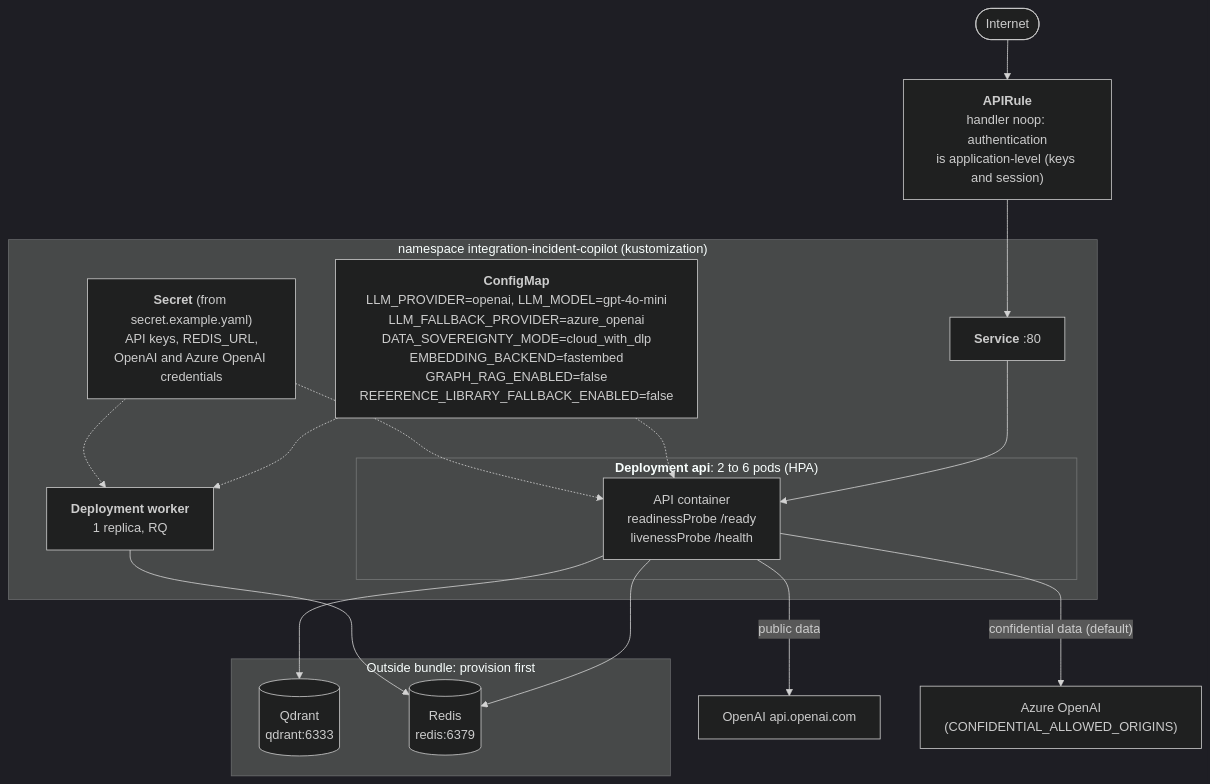
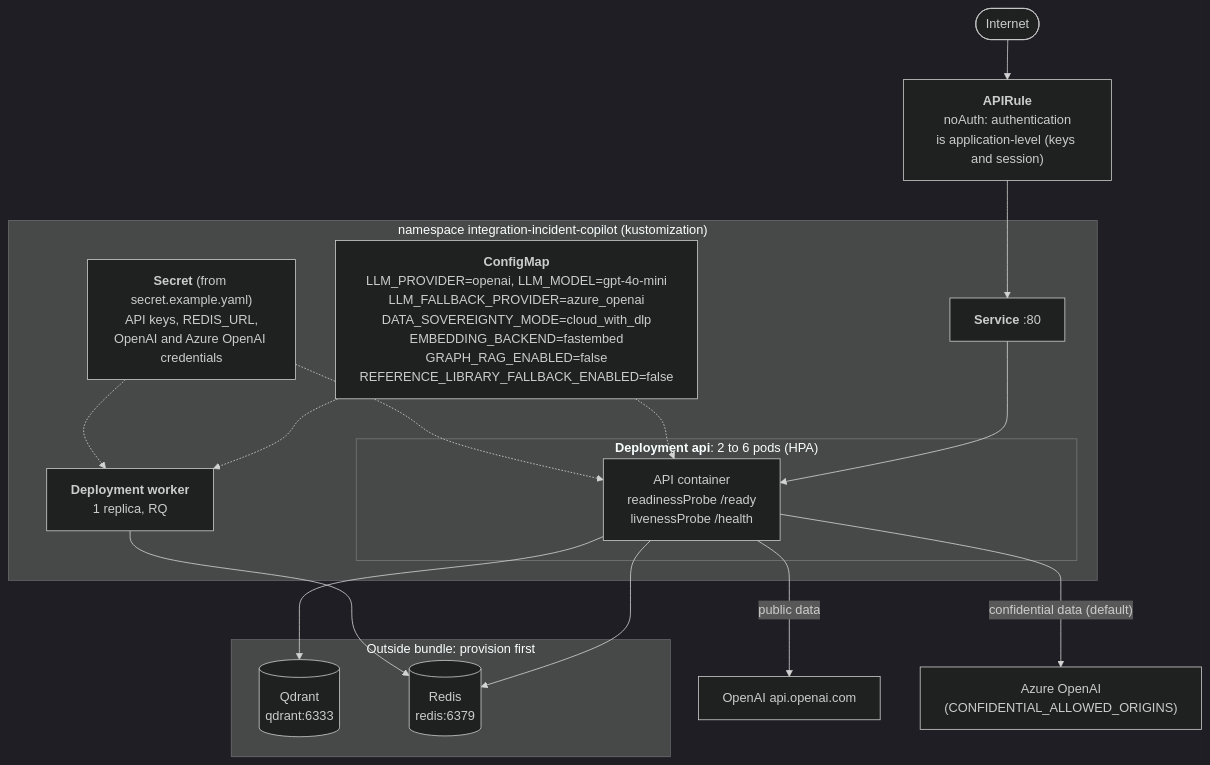
Before and after one commit to marcos-slima/integration-incident-copilot: the ninth of 9 diagrams in docs/en/ARCHITECTURE.md, drawn with Mermaid (dark theme). The commit also changed other lines of this file and 51 other files, not shown here.

````diff
--- a/docs/en/ARCHITECTURE.md
+++ b/docs/en/ARCHITECTURE.md
@@ -545,28 +545,28 @@
 ```mermaid
 flowchart TB
-    net(["Internet"]) --> ar["<b>APIRule</b><br/>handler noop: authentication<br/>is application-level (keys and session)"]
+    net(["Internet"]) --> ar["<b>APIRule</b><br/>noAuth: authentication<br/>is application-level (keys and session)"]
     ar --> svc["<b>Service</b> :80"]
     subgraph ns["namespace integration-incident-copilot (kustomization)"]
         svc
         subgraph api["<b>Deployment api</b>: 2 to 6 pods (HPA)"]
             pod["API container<br/>readinessProbe /ready<br/>livenessProbe /health"]
         end
         wk["<b>Deployment worker</b><br/>1 replica, RQ"]
         cm["<b>ConfigMap</b><br/>LLM_PROVIDER=openai, LLM_MODEL=gpt-4o-mini<br/>LLM_FALLBACK_PROVIDER=azure_openai<br/>DATA_SOVEREIGNTY_MODE=cloud_with_dlp<br/>EMBEDDING_BACKEND=fastembed<br/>GRAPH_RAG_ENABLED=false<br/>REFERENCE_LIBRARY_FALLBACK_ENABLED=false"]
         sec["<b>Secret</b> (from secret.example.yaml)<br/>API keys, REDIS_URL,<br/>OpenAI and Azure OpenAI credentials"]
     end
     svc --> pod
     cm -.-> pod
     sec -.-> pod
     cm -.-> wk
     sec -.-> wk
     subgraph outside["Outside bundle: provision first"]
         qd[("Qdrant<br/>qdrant:6333")]
         rd[("Redis<br/>redis:6379")]
     end
     pod --> qd
     pod --> rd
     wk --> rd
     pod -->|"public data"| oai["OpenAI api.openai.com"]
     pod -->|"confidential data (default)"| az["Azure OpenAI<br/>(CONFIDENTIAL_ALLOWED_ORIGINS)"]
 ```
````
